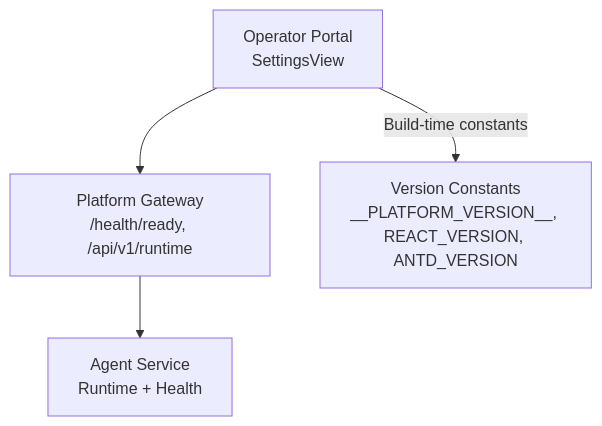
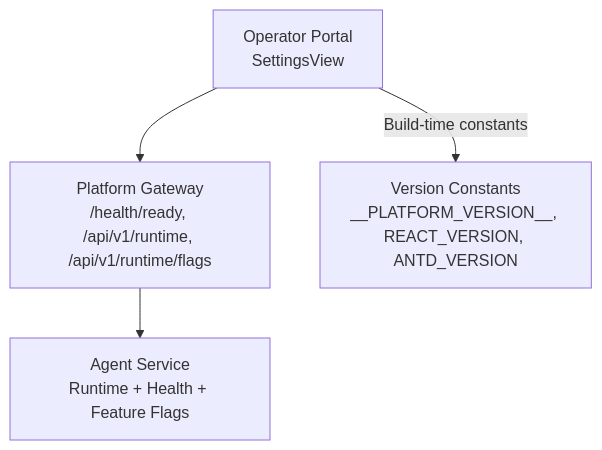
The first of 9 diagrams in .qoder/repowiki/en/content/Operator Portal/Settings & Configuration.md (metasync/luban-aiops), drawn with Mermaid before and after one commit. The commit also changed other lines of this file and 6 other files, not shown here.

````diff
--- a/.qoder/repowiki/en/content/Operator Portal/Settings & Configuration.md
+++ b/.qoder/repowiki/en/content/Operator Portal/Settings & Configuration.md
@@ -41,6 +51,6 @@
 ```mermaid
 graph TB
-Portal["Operator Portal<br/>SettingsView"] --> Gateway["Platform Gateway<br/>/health/ready, /api/v1/runtime"]
-Gateway --> AgentService["Agent Service<br/>Runtime + Health"]
+Portal["Operator Portal<br/>SettingsView"] --> Gateway["Platform Gateway<br/>/health/ready, /api/v1/runtime, /api/v1/runtime/flags"]
+Gateway --> AgentService["Agent Service<br/>Runtime + Health + Feature Flags"]
 Portal --> |Build-time constants| Versions["Version Constants<br/>__PLATFORM_VERSION__, REACT_VERSION, ANTD_VERSION"]
 ```
````
